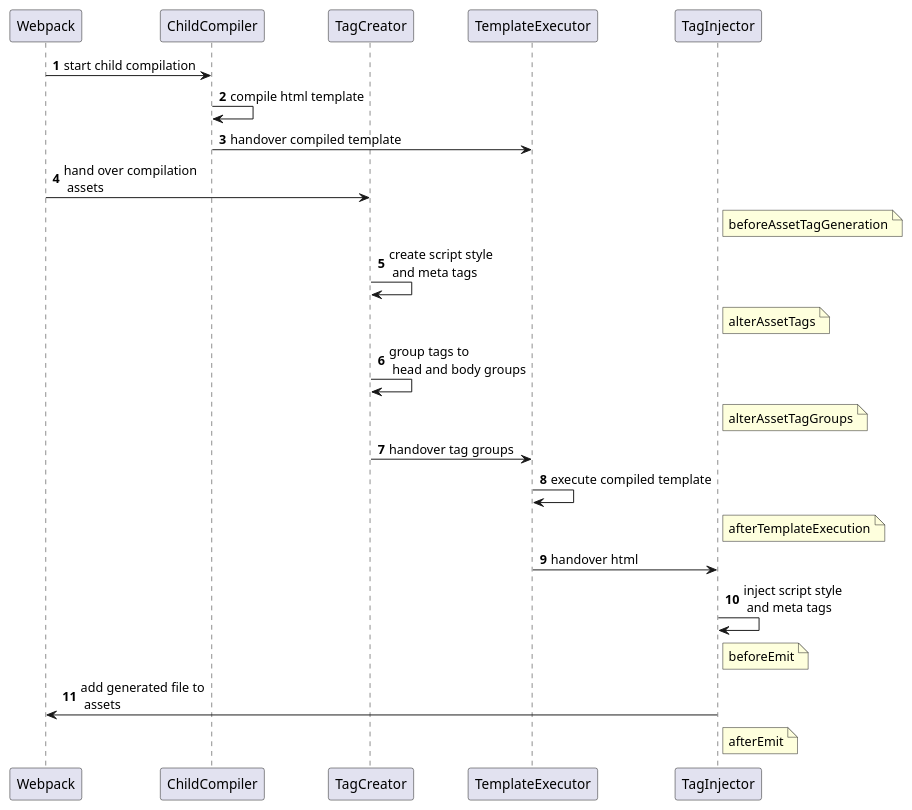
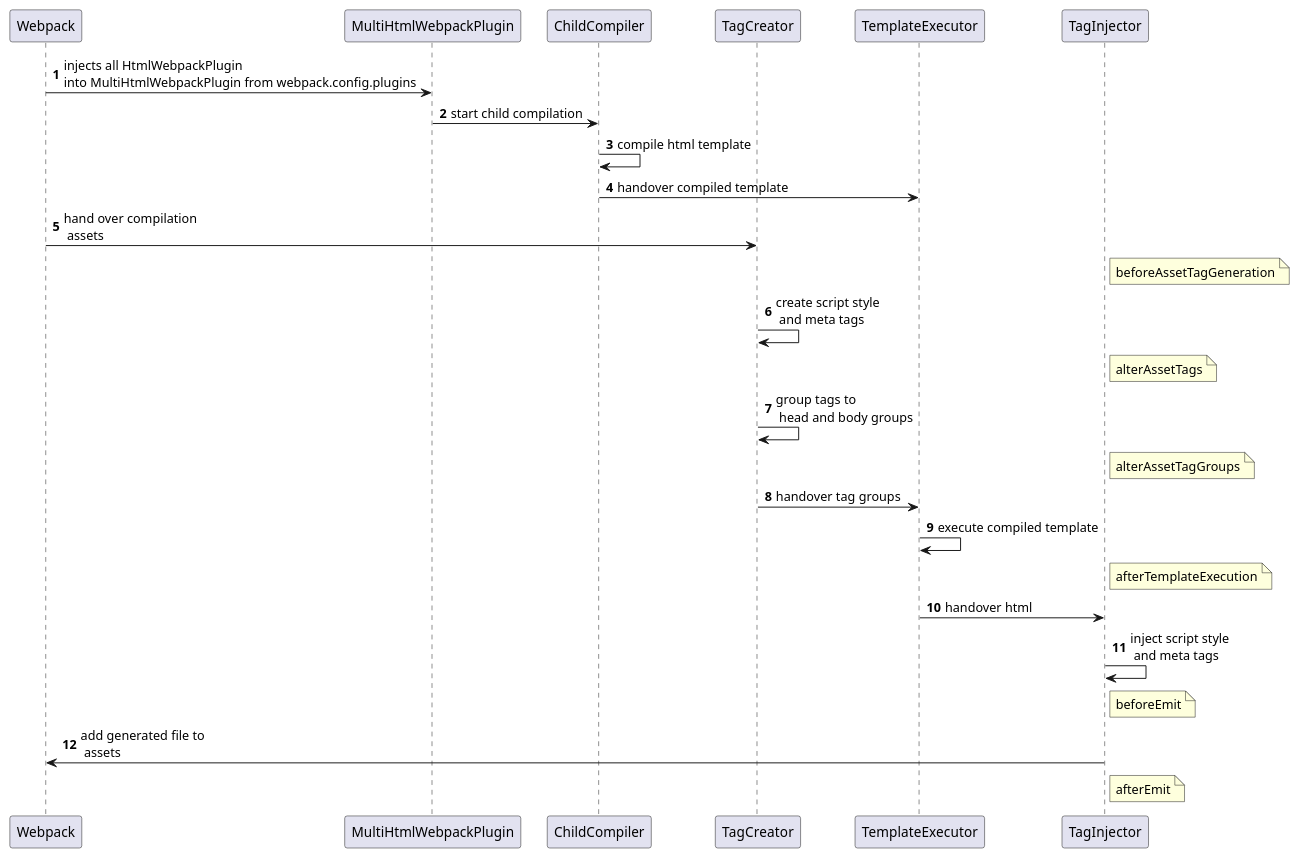
The diagram in flow.puml (jantimon/html-webpack-plugin), drawn with PlantUML before and after one commit. The commit also changed 1 other file, not shown here.

Commit message:
updated flow diagram

```diff
--- a/flow.puml
+++ b/flow.puml
@@ -1,32 +1,34 @@
 @startuml
 ' See docs http://plantuml.com/sequence.html
 '
 ' generate png:
 ' npm run puml
 autonumber
 
 participant Webpack
+participant MultiHtmlWebpackPlugin
 participant ChildCompiler
 participant TagCreator
 participant TemplateExecutor
 participant TagInjector
 
-Webpack -> ChildCompiler : start child compilation
+Webpack -> MultiHtmlWebpackPlugin : injects all HtmlWebpackPlugin\ninto MultiHtmlWebpackPlugin from webpack.config.plugins
+MultiHtmlWebpackPlugin -> ChildCompiler : start child compilation
 ChildCompiler -> ChildCompiler : compile html template
 ChildCompiler -> TemplateExecutor : handover compiled template
 Webpack -> TagCreator : hand over compilation\n assets
 note right of TagInjector: beforeAssetTagGeneration
 TagCreator -> TagCreator : create script style\n and meta tags
 note right of TagInjector: alterAssetTags
 TagCreator -> TagCreator : group tags to\n head and body groups
 note right of TagInjector: alterAssetTagGroups
 TagCreator -> TemplateExecutor : handover tag groups
 TemplateExecutor -> TemplateExecutor : execute compiled template
 note right of TagInjector: afterTemplateExecution
 TemplateExecutor -> TagInjector : handover html
 TagInjector -> TagInjector : inject script style\n and meta tags
 note right of TagInjector: beforeEmit
 TagInjector -> Webpack : add generated file to\n assets
 note right of TagInjector: afterEmit
 
 @enduml
```
